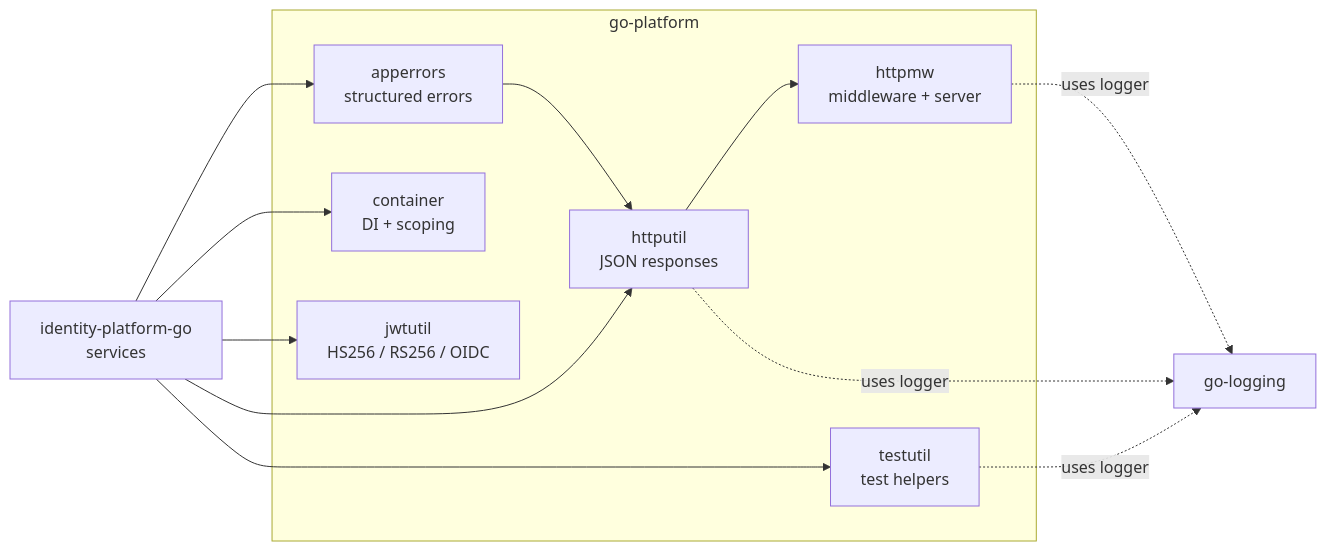
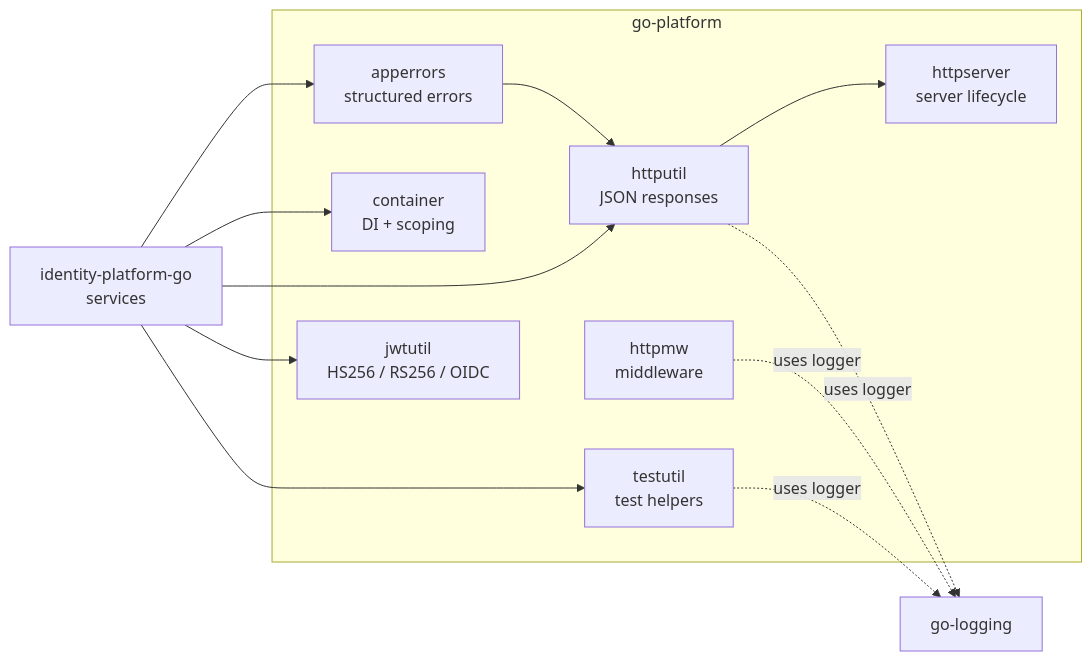
The diagram in docs/go-platform.md (jedi-knights/architecture), drawn with Mermaid before and after one commit. The commit also changed other lines of this file and 1 other file, not shown here.

Commit message:
docs(adr): split server lifecycle into httpserver package

````diff
--- a/docs/go-platform.md
+++ b/docs/go-platform.md
@@ -22,23 +22,24 @@
 ```mermaid
 graph LR
     subgraph go-platform
         AE[apperrors<br/>structured errors]
         CT[container<br/>DI + scoping]
         HU[httputil<br/>JSON responses]
-        HM[httpmw<br/>middleware + server]
+        HM[httpmw<br/>middleware]
+        HS[httpserver<br/>server lifecycle]
         JU[jwtutil<br/>HS256 / RS256 / OIDC]
         TU[testutil<br/>test helpers]
     end
 
     AE --> HU
-    HU --> HM
+    HU --> HS
     HM -.uses logger.-> GL
     HU -.uses logger.-> GL[go-logging]
     TU -.uses logger.-> GL
 
     Services[identity-platform-go<br/>services] --> AE
     Services --> CT
     Services --> HU
     Services --> JU
     Services --> TU
 ```
````
